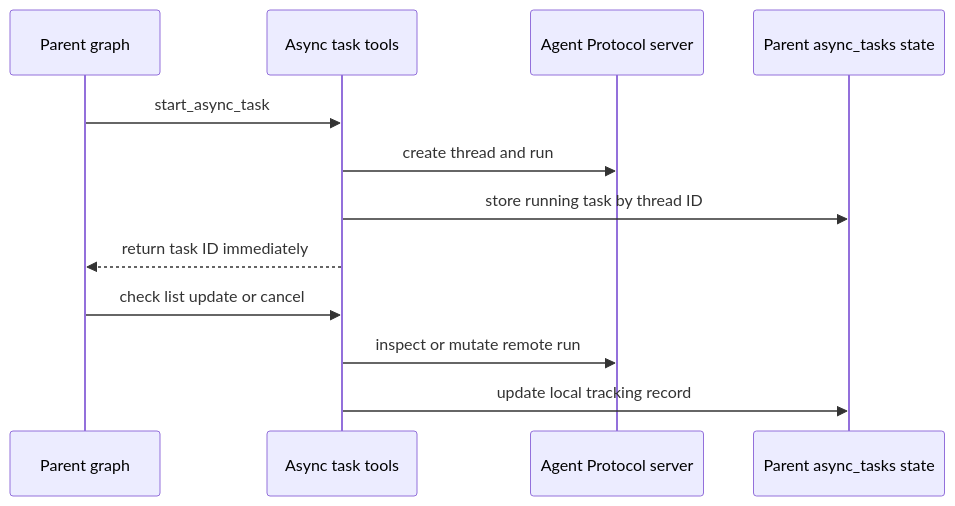
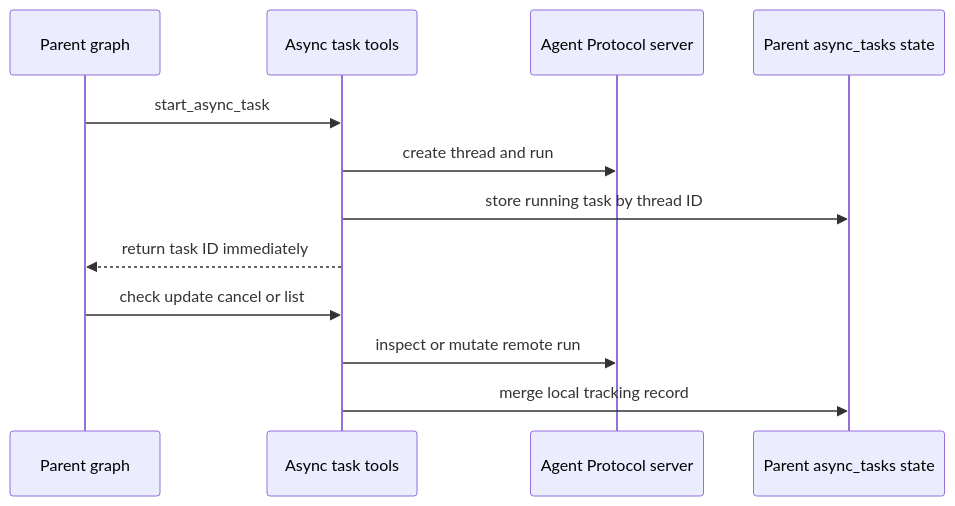
The third of 3 diagrams in openwiki/architecture/sdk-construction-execution.md (langchain-ai/deepagents), drawn with Mermaid before and after one commit. The commit also changed other lines of this file and 69 other files, not shown here.

````diff
--- a/openwiki/architecture/sdk-construction-execution.md
+++ b/openwiki/architecture/sdk-construction-execution.md
@@ -104,14 +121,14 @@
 ```mermaid
 sequenceDiagram
     participant Parent as Parent graph
     participant Tools as Async task tools
     participant Server as Agent Protocol server
-    participant Track as Parent async_tasks state
+    participant Tracking as Parent async_tasks state
     Parent->>Tools: start_async_task
     Tools->>Server: create thread and run
-    Tools->>Track: store running task by thread ID
+    Tools->>Tracking: store running task by thread ID
     Tools-->>Parent: return task ID immediately
-    Parent->>Tools: check list update or cancel
+    Parent->>Tools: check update cancel or list
     Tools->>Server: inspect or mutate remote run
-    Tools->>Track: update local tracking record
+    Tools->>Tracking: merge local tracking record
 ```
````
